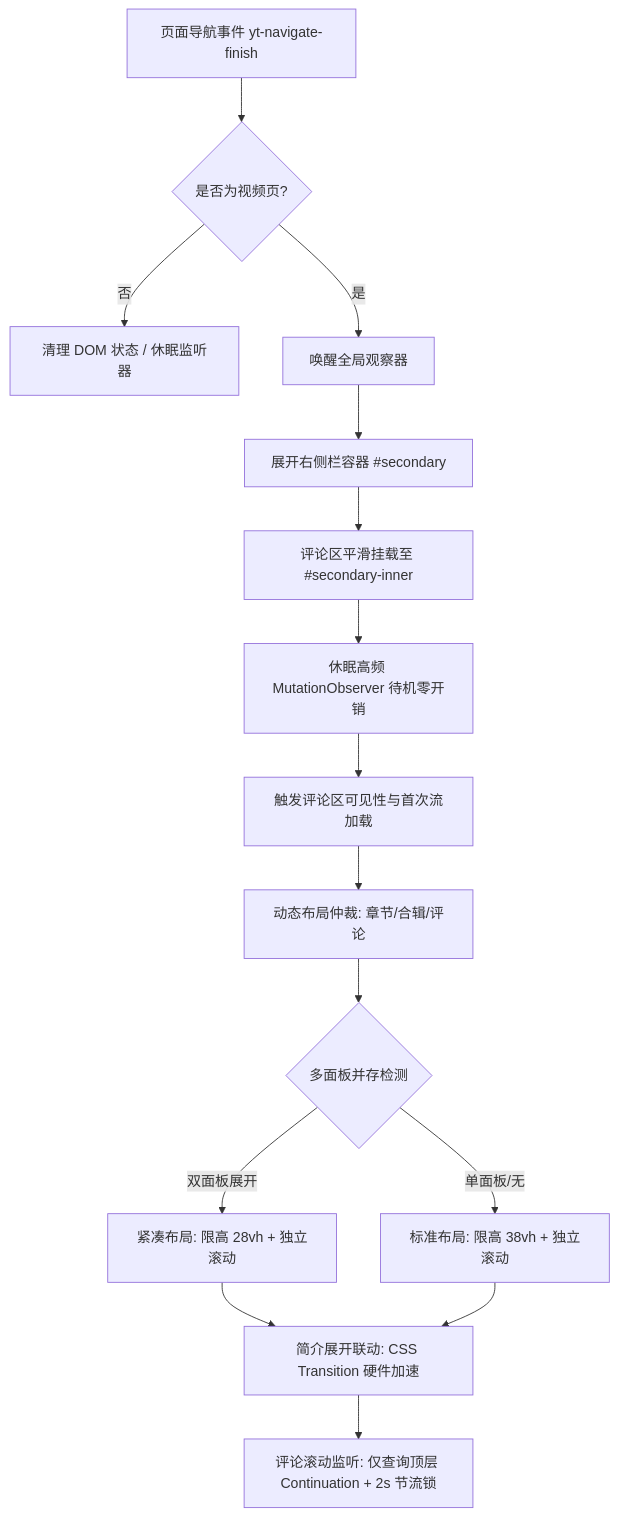
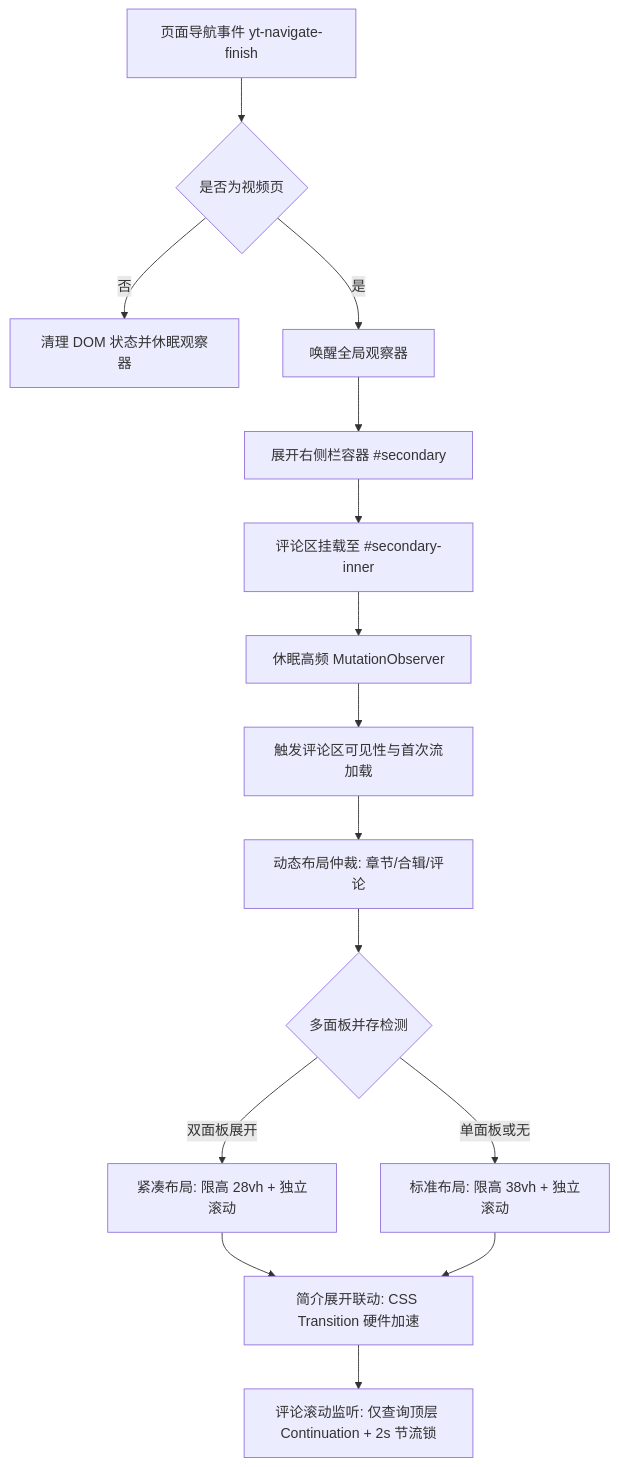
One commit to tom613951/youtube-comments-sidebar changed the diagram in README.md. Above: the diagram before and after it, drawn with Mermaid. The commit also changed other lines of this file, not shown here.

````diff
--- a/README.md
+++ b/README.md
@@ -41,17 +30,17 @@
 ```mermaid
 flowchart TD
-    A[页面导航事件 yt-navigate-finish] --> B{是否为视频页?}
-    B -- 否 --> C[清理 DOM 状态 / 休眠监听器]
+    A[页面导航事件 yt-navigate-finish] --> B{是否为视频页}
+    B -- 否 --> C[清理 DOM 状态并休眠观察器]
     B -- 是 --> D[唤醒全局观察器]
     D --> E[展开右侧栏容器 #secondary]
-    E --> F[评论区平滑挂载至 #secondary-inner]
-    F --> G[休眠高频 MutationObserver 待机零开销]
+    E --> F[评论区挂载至 #secondary-inner]
+    F --> G[休眠高频 MutationObserver]
     G --> H[触发评论区可见性与首次流加载]
     H --> I[动态布局仲裁: 章节/合辑/评论]
     I --> J{多面板并存检测}
     J -- 双面板展开 --> K[紧凑布局: 限高 28vh + 独立滚动]
-    J -- 单面板/无 --> L[标准布局: 限高 38vh + 独立滚动]
+    J -- 单面板或无 --> L[标准布局: 限高 38vh + 独立滚动]
     K --> M[简介展开联动: CSS Transition 硬件加速]
     L --> M
     M --> N[评论滚动监听: 仅查询顶层 Continuation + 2s 节流锁]
 ```
````
